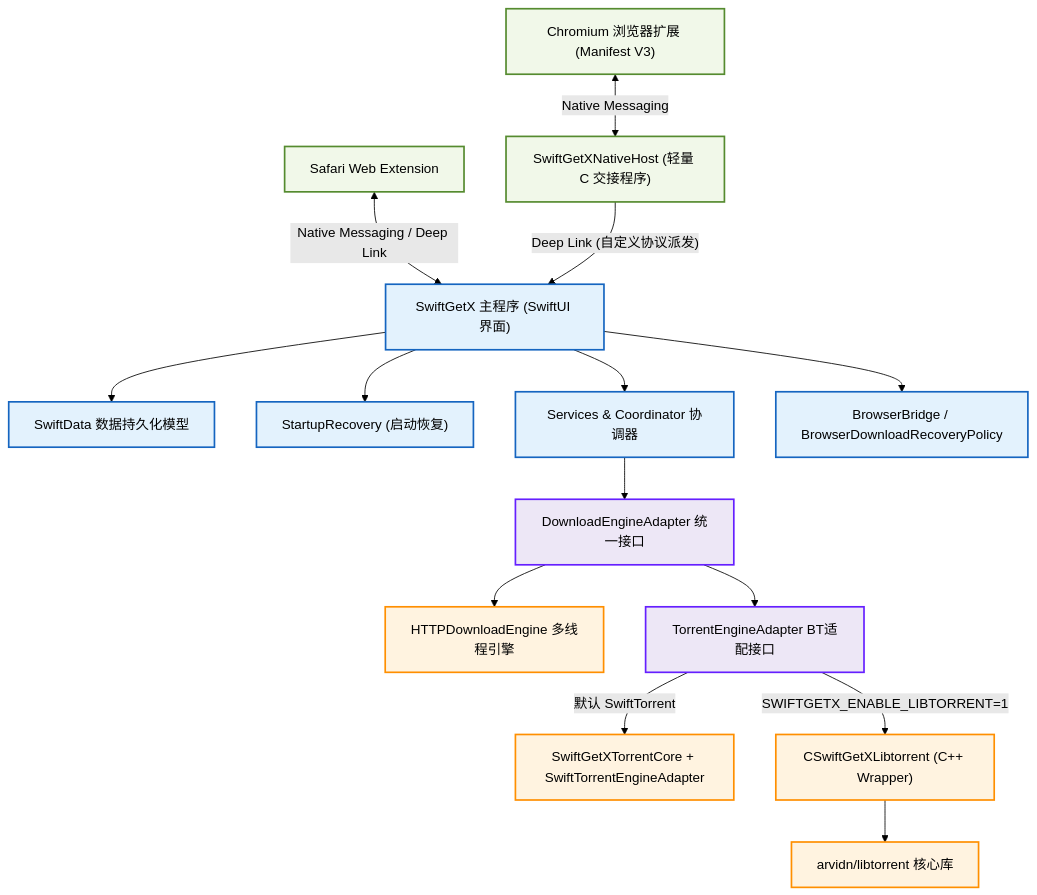
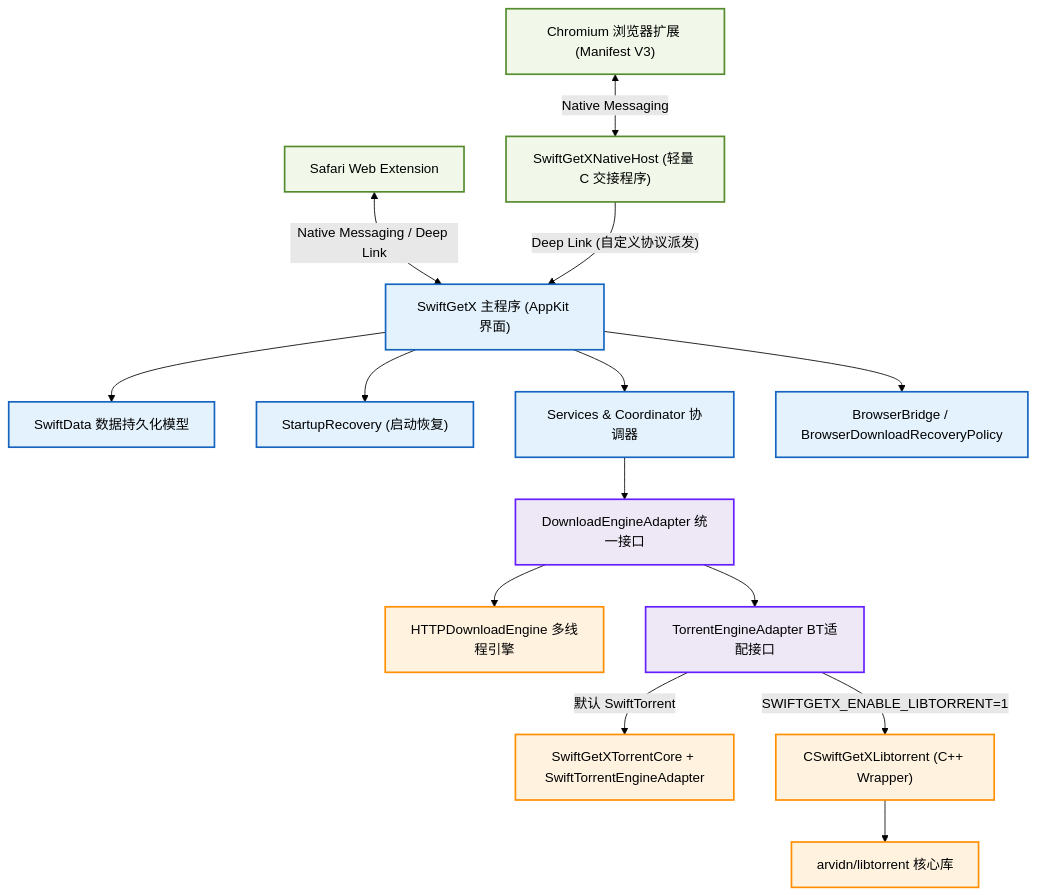
Before and after one commit to vancehuds/SwiftGetX: the diagram in README.md, drawn with Mermaid (forest theme). The commit also changed other lines of this file and 18 other files, not shown here.

First line of the commit message:
Migrate UI from SwiftUI to AppKit

````diff
--- a/README.md
+++ b/README.md
@@ -79,36 +79,36 @@
 ```mermaid
 graph TD
     classDef main fill:#E3F2FD,stroke:#1565C0,stroke-width:2px;
     classDef browser fill:#F1F8E9,stroke:#558B2F,stroke-width:2px;
     classDef core fill:#EDE7F6,stroke:#651FFF,stroke-width:2px;
     classDef engine fill:#FFF3E0,stroke:#FF8F00,stroke-width:2px;
     
     Chrome["Chromium 浏览器扩展 (Manifest V3)"]:::browser
     Safari["Safari Web Extension"]:::browser
     NativeHost["SwiftGetXNativeHost (轻量 C 交接程序)"]:::browser
-    MainApp["SwiftGetX 主程序 (SwiftUI 界面)"]:::main
+    MainApp["SwiftGetX 主程序 (AppKit 界面)"]:::main
     Models["SwiftData 数据持久化模型"]:::main
     StartupRecovery["StartupRecovery (启动恢复)"]:::main
     Coordinator["Services & Coordinator 协调器"]:::main
     BrowserBridge["BrowserBridge / BrowserDownloadRecoveryPolicy"]:::main
     Adapter["DownloadEngineAdapter 统一接口"]:::core
     HTTPEngine["HTTPDownloadEngine 多线程引擎"]:::engine
     TorrentAdapter["TorrentEngineAdapter BT适配接口"]:::core
     SwiftTorrent["SwiftGetXTorrentCore + SwiftTorrentEngineAdapter"]:::engine
     LibtorrentWrapper["CSwiftGetXLibtorrent (C++ Wrapper)"]:::engine
     Libtorrent["arvidn/libtorrent 核心库"]:::engine
 
     Chrome <-->|"Native Messaging"| NativeHost
     Safari <-->|"Native Messaging / Deep Link"| MainApp
     NativeHost -->|"Deep Link (自定义协议派发)"| MainApp
     MainApp --> Models
     MainApp --> StartupRecovery
     MainApp --> Coordinator
     MainApp --> BrowserBridge
     Coordinator --> Adapter
     Adapter --> HTTPEngine
     Adapter --> TorrentAdapter
     TorrentAdapter -->|"默认 SwiftTorrent"| SwiftTorrent
     TorrentAdapter -->|"SWIFTGETX_ENABLE_LIBTORRENT=1"| LibtorrentWrapper
     LibtorrentWrapper --> Libtorrent
 ```
````
